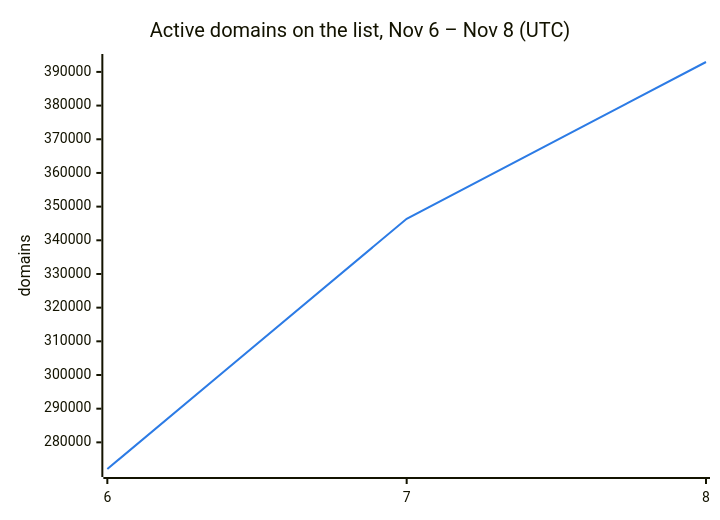
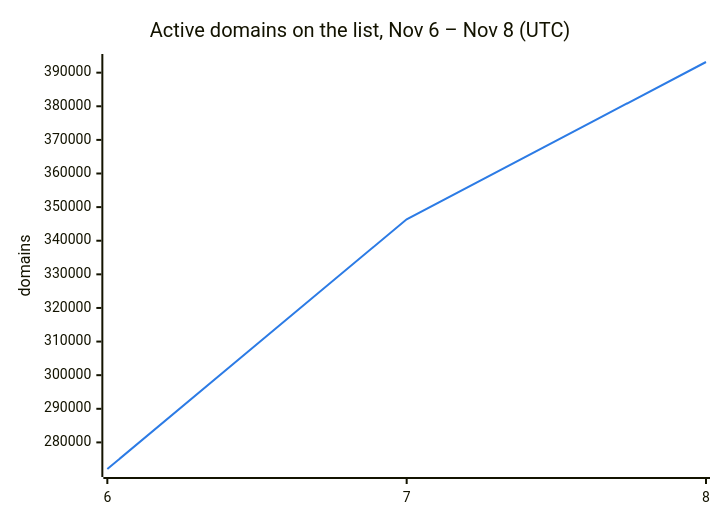
The second of 3 diagrams in README.md (DNSBunker/CTI), drawn with Mermaid before and after one commit. The commit also changed other lines of this file and 3 other files, not shown here.

````diff
--- a/README.md
+++ b/README.md
@@ -38,8 +38,8 @@
 ```mermaid
 %%{init: {"themeVariables": {"xyChart": {"plotColorPalette": "#2c7be5"}}}}%%
 xychart-beta
     title "Active domains on the list, Nov 6 – Nov 8 (UTC)"
     x-axis ["6", "7", "8"]
     y-axis "domains"
-    line [272088, 346388, 392942]
+    line [272088, 346388, 393173]
 ```
````
